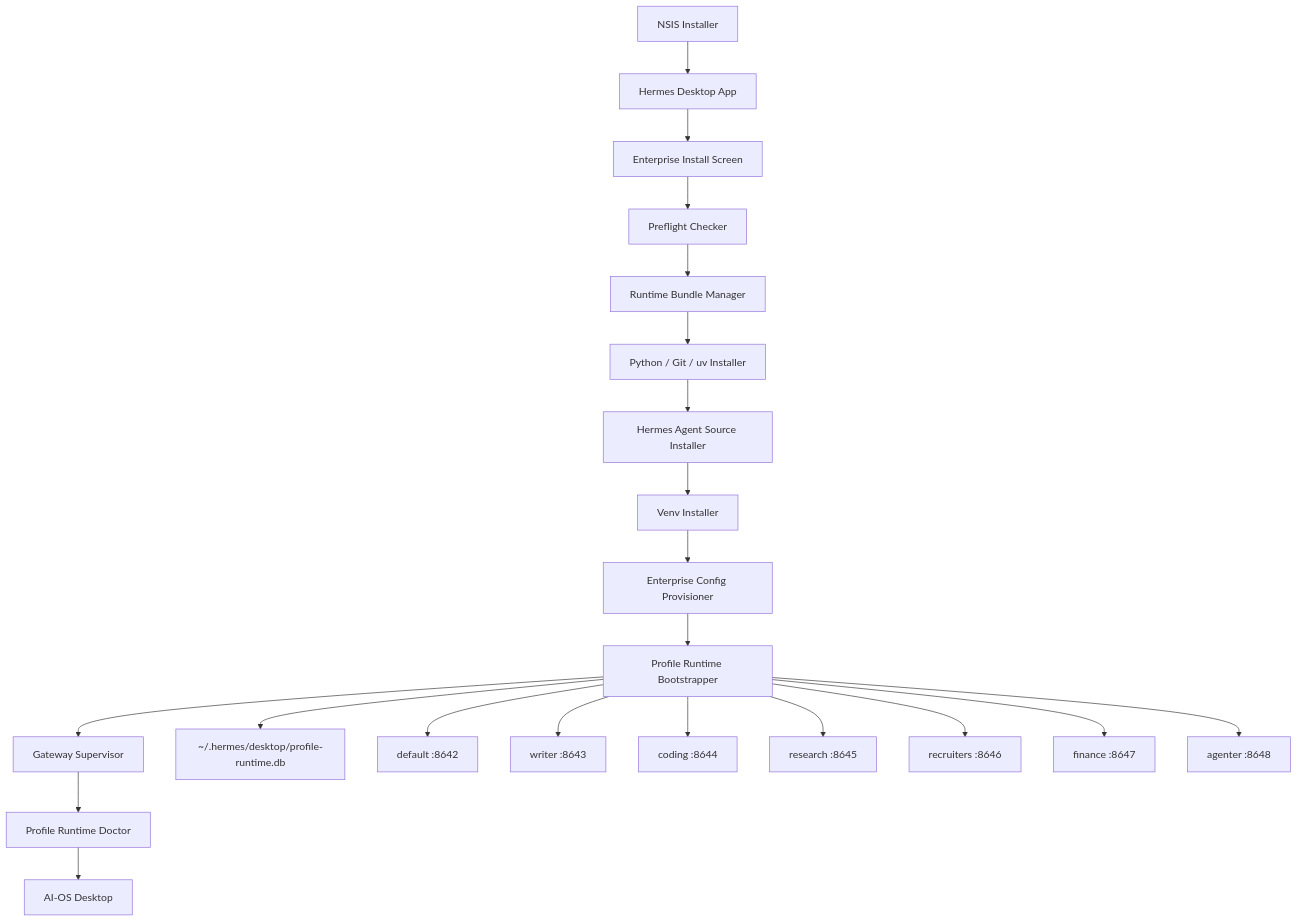
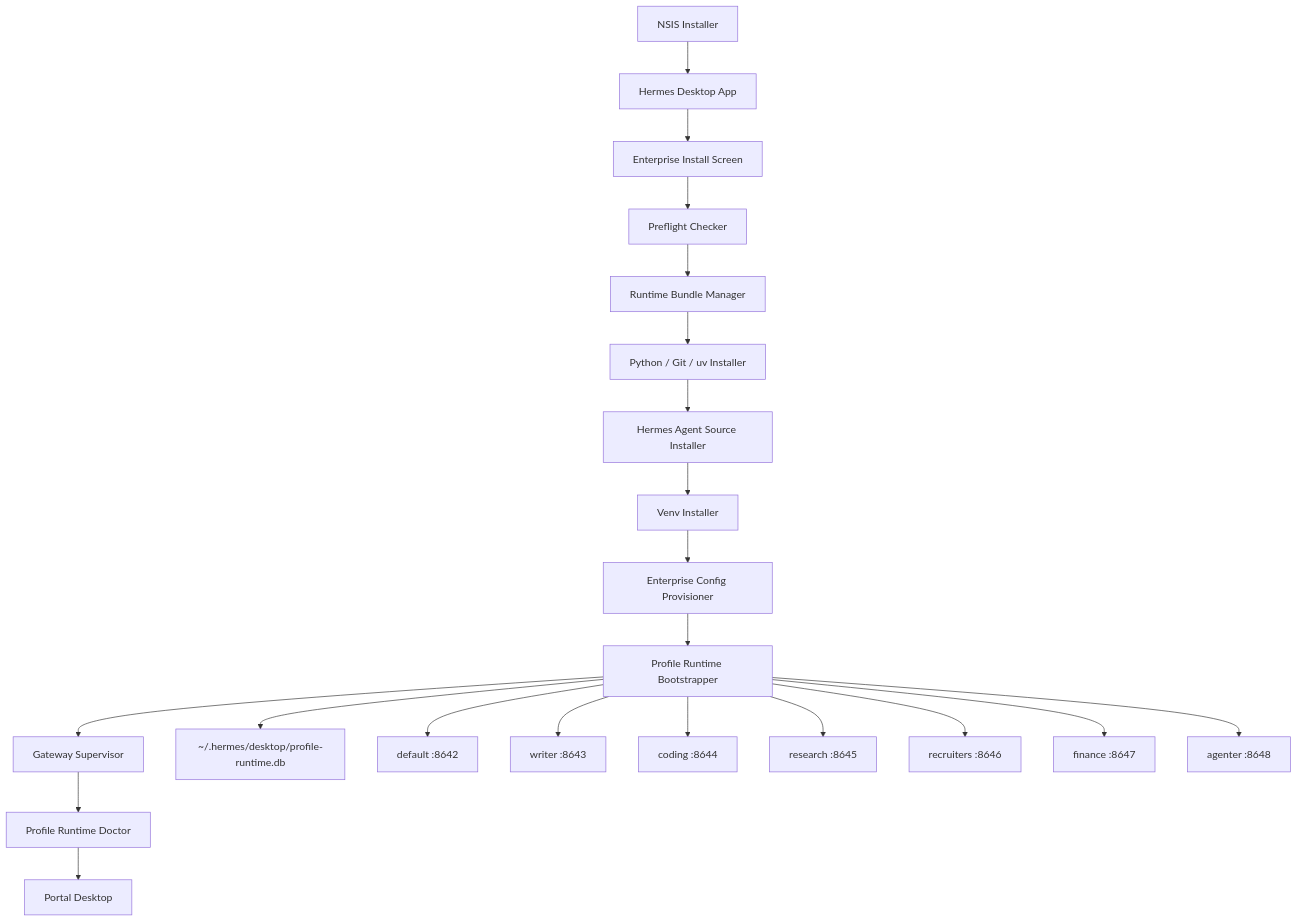
One commit to loudon84/ai-os-desktop changed the diagram in prd/desktop_install_v1.0.md. Above: the diagram before and after it, drawn with Mermaid. The commit also changed other lines of this file and 111 other files, not shown here.

````diff
--- a/prd/desktop_install_v1.0.md
+++ b/prd/desktop_install_v1.0.md
@@ -235,25 +235,25 @@
 ```mermaid
 flowchart TD
   A["NSIS Installer"] --> B["Hermes Desktop App"]
   B --> C["Enterprise Install Screen"]
 
   C --> D["Preflight Checker"]
   D --> E["Runtime Bundle Manager"]
   E --> F["Python / Git / uv Installer"]
   F --> G["Hermes Agent Source Installer"]
   G --> H["Venv Installer"]
   H --> I["Enterprise Config Provisioner"]
   I --> J["Profile Runtime Bootstrapper"]
   J --> K["Gateway Supervisor"]
   K --> L["Profile Runtime Doctor"]
-  L --> M["AI-OS Desktop"]
+  L --> M["Portal Desktop"]
 
   J --> DB["~/.hermes/desktop/profile-runtime.db"]
   J --> P0["default :8642"]
   J --> P1["writer :8643"]
   J --> P2["coding :8644"]
   J --> P3["research :8645"]
   J --> P4["recruiters :8646"]
   J --> P5["finance :8647"]
   J --> P6["agenter :8648"]
 ```
````
